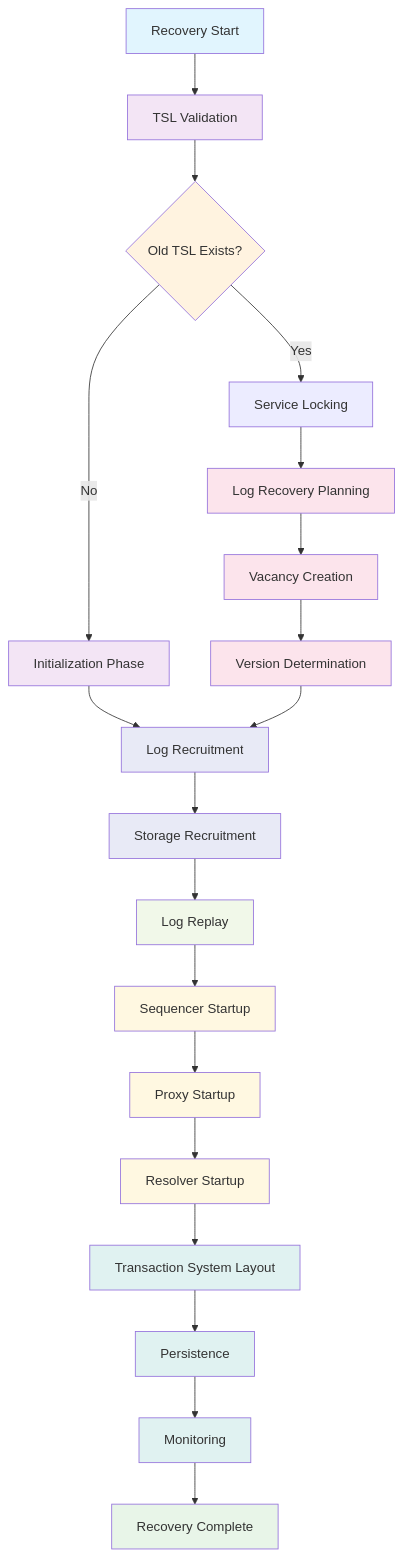
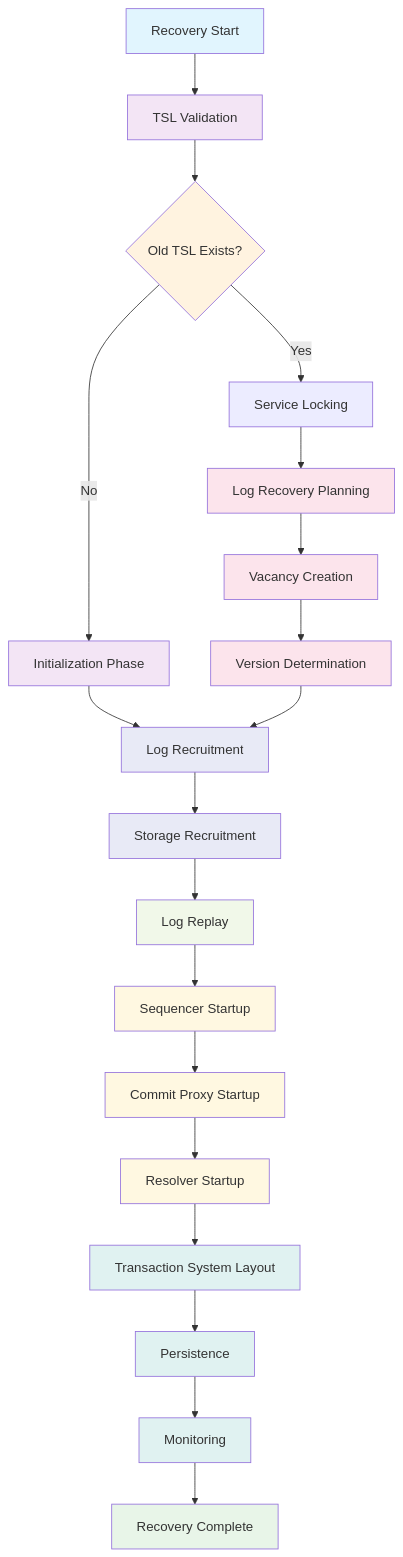
Before and after one commit to bedrock-kv/bedrock: the diagram in guides/quick-reads/recovery.md, drawn with Mermaid. The commit also changed other lines of this file and 32 other files, not shown here.

````diff
--- a/guides/quick-reads/recovery.md
+++ b/guides/quick-reads/recovery.md
@@ -7,48 +7,48 @@
 ```mermaid
 flowchart TD
     Start[Recovery Start] --> TSL[TSL Validation]
     TSL --> Decision{Old TSL Exists?}
     Decision -->|No| Init[Initialization Phase]
     Decision -->|Yes| Locking[Service Locking]
     
     %% Service locking leads to log planning
     Locking --> LogPlan[Log Recovery Planning]
     
     %% New cluster path (shorter)
     Init --> LogRecruit[Log Recruitment]
     
     %% Existing cluster recovery path
     LogPlan --> Vacancy[Vacancy Creation]
     Vacancy --> Version[Version Determination]
     Version --> LogRecruit
     
     %% Convergence point - both paths merge here
     LogRecruit --> Storage[Storage Recruitment]
     Storage --> Replay[Log Replay]
     Replay --> Sequencer[Sequencer Startup]
-    Sequencer --> Proxy[Proxy Startup]
-    Proxy --> Resolver[Resolver Startup]
+    Sequencer --> CommitProxy[Commit Proxy Startup]
+    CommitProxy --> Resolver[Resolver Startup]
     Resolver --> Layout[Transaction System Layout]
     Layout --> Persist[Persistence]
     Persist --> Monitor[Monitoring]
     Monitor --> Complete[Recovery Complete]
     
     %% Styling
     style Start fill:#e1f5fe
     style TSL fill:#f3e5f5
     style Complete fill:#e8f5e8
     style Decision fill:#fff3e0
     style Init fill:#f3e5f5
     style LogPlan fill:#fce4ec
     style Vacancy fill:#fce4ec
     style Version fill:#fce4ec
     style LogRecruit fill:#e8eaf6
     style Storage fill:#e8eaf6
     style Replay fill:#f1f8e9
     style Sequencer fill:#fff8e1
-    style Proxy fill:#fff8e1
+    style CommitProxy fill:#fff8e1
     style Resolver fill:#fff8e1
     style Layout fill:#e0f2f1
     style Persist fill:#e0f2f1
     style Monitor fill:#e0f2f1
 ```
````
